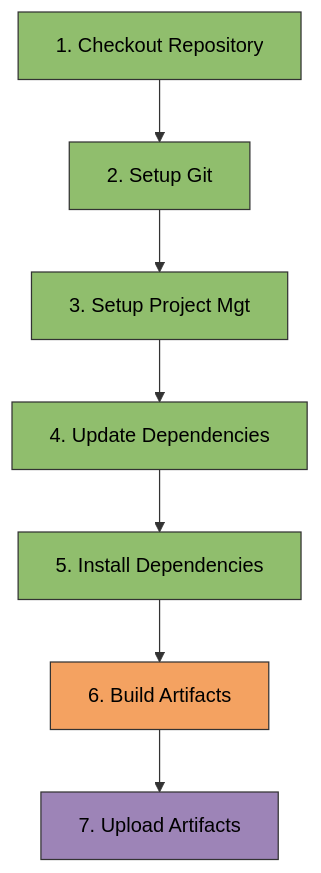
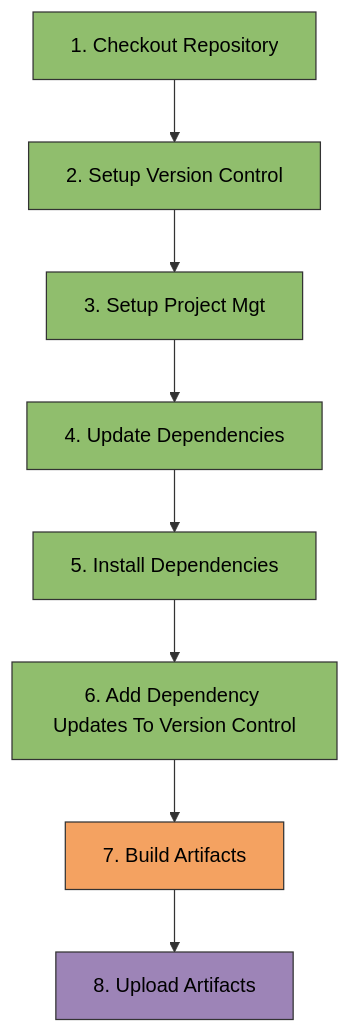
Before and after one commit to Winipedia/pyrig: the second of 3 diagrams in docs/configs/workflows/build.md, drawn with Mermaid. The commit also changed other lines of this file and 15 other files, not shown here.

````diff
--- a/docs/configs/workflows/build.md
+++ b/docs/configs/workflows/build.md
@@ -71,17 +71,19 @@
 ```mermaid
 graph TD
-    S1[1. Checkout Repository] --> S2[2. Setup Git]
+    S1[1. Checkout Repository] --> S2[2. Setup Version Control]
     S2 --> S3[3. Setup Project Mgt]
     S3 --> S4[4. Update Dependencies]
     S4 --> S5[5. Install Dependencies]
-    S5 --> S6[6. Build Artifacts]
-    S6 --> S7[7. Upload Artifacts]
+    S5 --> S6[6. Add Dependency Updates To Version Control]
+    S6 --> S7[7. Build Artifacts]
+    S7 --> S8[8. Upload Artifacts]
 
     style S1 fill:#90be6d,stroke:#333,stroke-width:1px,color:#000
     style S2 fill:#90be6d,stroke:#333,stroke-width:1px,color:#000
     style S3 fill:#90be6d,stroke:#333,stroke-width:1px,color:#000
 	    style S4 fill:#90be6d,stroke:#333,stroke-width:1px,color:#000
 	    style S5 fill:#90be6d,stroke:#333,stroke-width:1px,color:#000
-	    style S6 fill:#f4a261,stroke:#333,stroke-width:1px,color:#000
-	    style S7 fill:#9d84b7,stroke:#333,stroke-width:1px,color:#000
+	    style S6 fill:#90be6d,stroke:#333,stroke-width:1px,color:#000
+	    style S7 fill:#f4a261,stroke:#333,stroke-width:1px,color:#000
+	    style S8 fill:#9d84b7,stroke:#333,stroke-width:1px,color:#000
 ```
````
